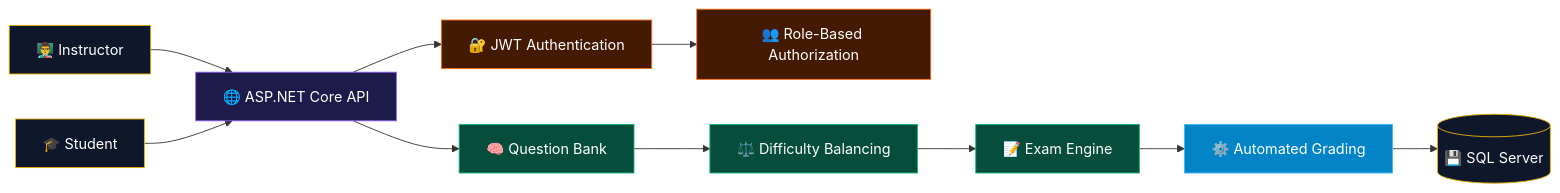
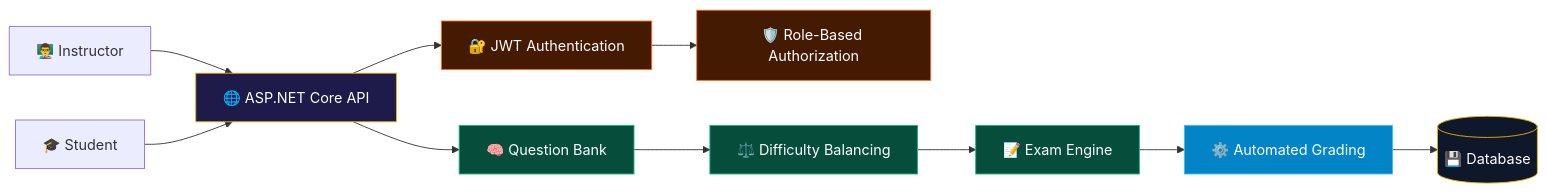
Before and after one commit to Nour7Tohamy/Nour7Tohamy: the first of 3 diagrams in README.md, drawn with Mermaid. The commit also changed other lines of this file, not shown here.

````diff
--- a/README.md
+++ b/README.md
@@ -200,23 +489,25 @@
 ```mermaid
 graph LR
-    A[👨‍🏫 Instructor] --> B[🌐 ASP.NET Core API]
-    C[🎓 Student] --> B
-    B --> D[🔐 JWT Authentication]
-    D --> E[👥 Role-Based Authorization]
-    B --> F[🧠 Question Bank]
-    F --> G[⚖️ Difficulty Balancing]
-    G --> H[📝 Exam Engine]
-    H --> I[⚙️ Automated Grading]
-    I --> J[(💾 SQL Server)]
 
-    style A fill:#0f172a,stroke:#eab308,color:#fff
-    style C fill:#0f172a,stroke:#eab308,color:#fff
-    style B fill:#1e1b4b,stroke:#8b5cf6,color:#fff
-    style D fill:#451a03,stroke:#f97316,color:#fff
-    style E fill:#451a03,stroke:#f97316,color:#fff
-    style F fill:#064e3b,stroke:#10b981,color:#fff
-    style G fill:#064e3b,stroke:#10b981,color:#fff
-    style H fill:#064e3b,stroke:#10b981,color:#fff
-    style I fill:#0284c7,stroke:#38bdf8,color:#fff
-    style J fill:#0f172a,stroke:#eab308,color:#fff
+    A["👨‍🏫 Instructor"] --> API["🌐 ASP.NET Core API"]
+    B["🎓 Student"] --> API
+
+    API --> AUTH["🔐 JWT Authentication"]
+    AUTH --> RBAC["🛡️ Role-Based Authorization"]
+
+    API --> QB["🧠 Question Bank"]
+    QB --> BAL["⚖️ Difficulty Balancing"]
+    BAL --> EXAM["📝 Exam Engine"]
+
+    EXAM --> GRADE["⚙️ Automated Grading"]
+    GRADE --> DB[("💾 Database")]
+
+    style API fill:#1e1b4b,stroke:#eab308,color:#fff
+    style AUTH fill:#451a03,stroke:#f97316,color:#fff
+    style RBAC fill:#451a03,stroke:#f97316,color:#fff
+    style QB fill:#064e3b,stroke:#10b981,color:#fff
+    style BAL fill:#064e3b,stroke:#10b981,color:#fff
+    style EXAM fill:#064e3b,stroke:#10b981,color:#fff
+    style GRADE fill:#0284c7,stroke:#38bdf8,color:#fff
+    style DB fill:#0f172a,stroke:#eab308,color:#fff
 ```
````
